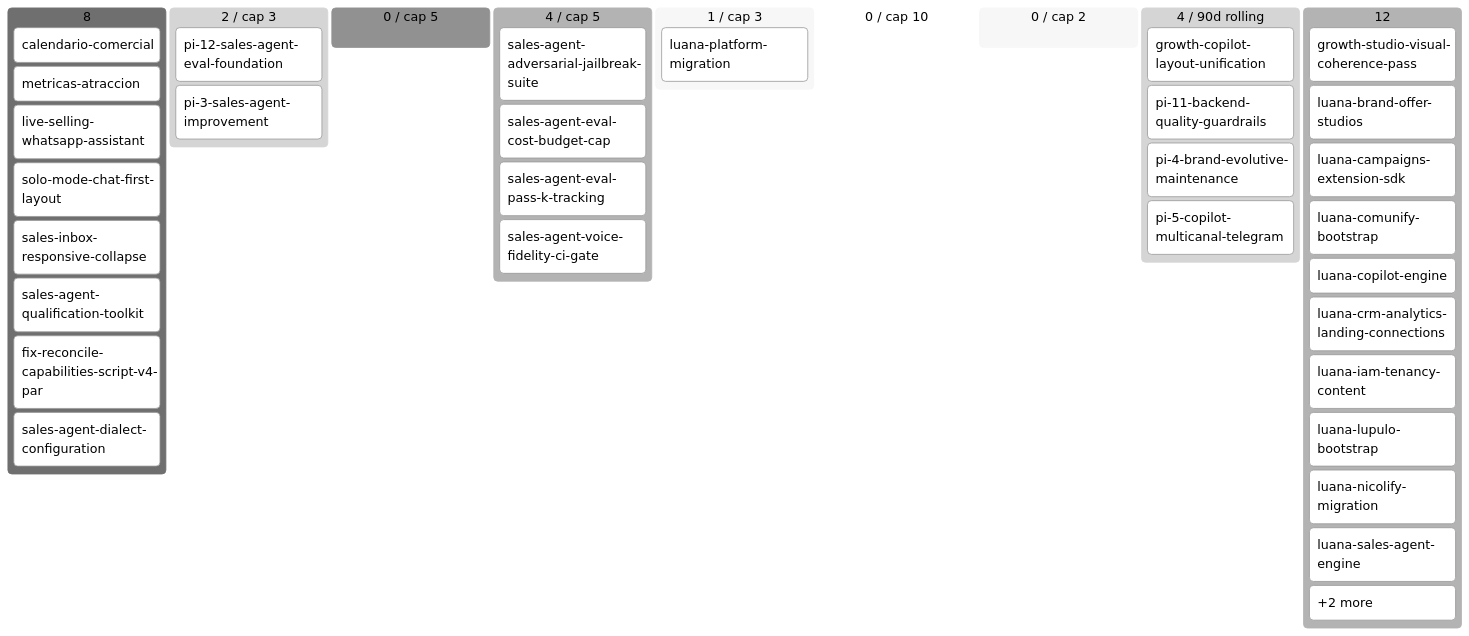
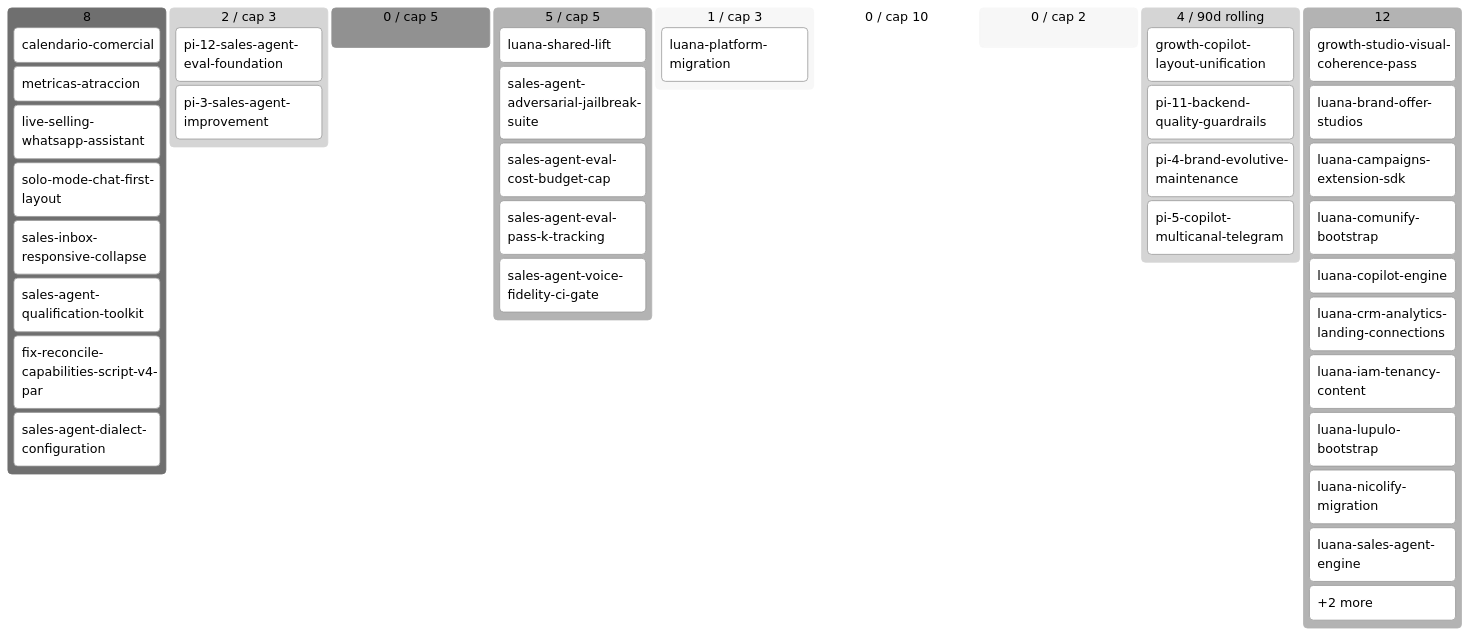
The diagram in docs/product/BACKLOG.md (alpacapurpura/ap_sales_agent), drawn with Mermaid (neutral theme) before and after one commit. The commit also changed other lines of this file and 17 other files, not shown here.

````diff
--- a/docs/product/BACKLOG.md
+++ b/docs/product/BACKLOG.md
@@ -69,42 +70,43 @@
 ```mermaid
 kanban
   💡 Ideas (8)
     calendario-comercial[calendario-comercial]
     metricas-atraccion[metricas-atraccion]
     live-selling-whatsapp-assistan[live-selling-whatsapp-assistant]
     solo-mode-chat-first-layout[solo-mode-chat-first-layout]
     sales-inbox-responsive-collaps[sales-inbox-responsive-collapse]
     sales-agent-qualification-tool[sales-agent-qualification-toolkit]
     fix-reconcile-capabilities-scr[fix-reconcile-capabilities-script-v4-par]
     sales-agent-dialect-configurat[sales-agent-dialect-configuration]
   🔬 Refining (2 / cap 3)
     pi-12-sales-agent-eval-foundat[pi-12-sales-agent-eval-foundation]
     pi-3-sales-agent-improvement[pi-3-sales-agent-improvement]
   ✅ Refined (0 / cap 5)
-  📦 Ready (4 / cap 5)
+  📦 Ready (5 / cap 5)
+    luana-shared-lift[luana-shared-lift]
     sales-agent-adversarial-jailbr[sales-agent-adversarial-jailbreak-suite]
     sales-agent-eval-cost-budget-c[sales-agent-eval-cost-budget-cap]
     sales-agent-eval-pass-k-tracki[sales-agent-eval-pass-k-tracking]
     sales-agent-voice-fidelity-ci-[sales-agent-voice-fidelity-ci-gate]
   🔨 Developing (1 / cap 3)
     luana-platform-migration[luana-platform-migration]
   🧪 Developed (0 / cap 10)
   🔍 Reviewing (0 / cap 2)
   ✅ Done (4 / 90d rolling)
     growth-copilot-layout-unificat[growth-copilot-layout-unification]
     pi-11-backend-quality-guardrai[pi-11-backend-quality-guardrails]
     pi-4-brand-evolutive-maintenan[pi-4-brand-evolutive-maintenance]
     pi-5-copilot-multicanal-telegr[pi-5-copilot-multicanal-telegram]
   🅿 Parked (12)
     growth-studio-visual-coherence[growth-studio-visual-coherence-pass]
     luana-brand-offer-studios[luana-brand-offer-studios]
     luana-campaigns-extension-sdk[luana-campaigns-extension-sdk]
     luana-comunify-bootstrap[luana-comunify-bootstrap]
     luana-copilot-engine[luana-copilot-engine]
     luana-crm-analytics-landing-co[luana-crm-analytics-landing-connections]
     luana-iam-tenancy-content[luana-iam-tenancy-content]
     luana-lupulo-bootstrap[luana-lupulo-bootstrap]
     luana-nicolify-migration[luana-nicolify-migration]
     luana-sales-agent-engine[luana-sales-agent-engine]
     overflow-🅿 Parked[+2 more]
 ```
````
